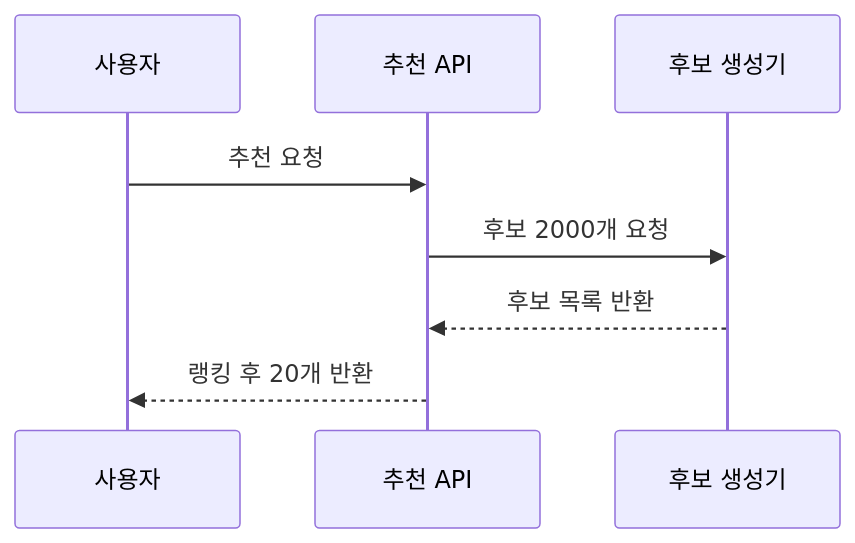
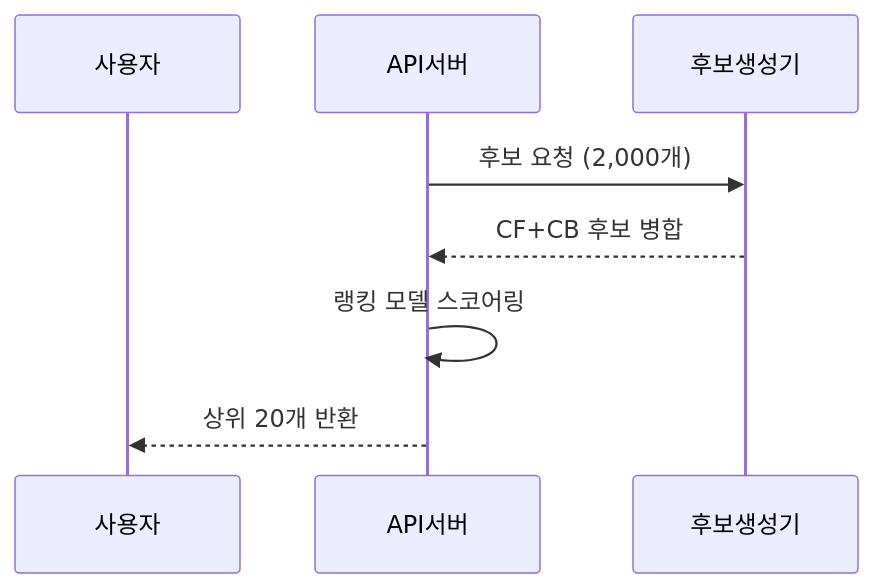
The second of 3 diagrams in _posts/systemdesign/2026-05-11-system-design-recommendation.md (yjkim2015/yjkim2015.github.io), drawn with Mermaid before and after one commit. The commit also changed other lines of this file and 5 other files, not shown here.

````diff
--- a/_posts/systemdesign/2026-05-11-system-design-recommendation.md
+++ b/_posts/systemdesign/2026-05-11-system-design-recommendation.md
@@ -129,10 +129,10 @@
 ```mermaid
 sequenceDiagram
     participant U as 사용자
-    participant API as 추천 API
-    participant CG as 후보 생성기
-    U->>API: 추천 요청
-    API->>CG: 후보 2000개 요청
-    CG-->>API: 후보 목록 반환
-    API-->>U: 랭킹 후 20개 반환
+    participant A as API서버
+    participant C as 후보생성기
+    A->>C: 후보 요청 (2,000개)
+    C-->>A: CF+CB 후보 병합
+    A->>A: 랭킹 모델 스코어링
+    A-->>U: 상위 20개 반환
 ```
````
